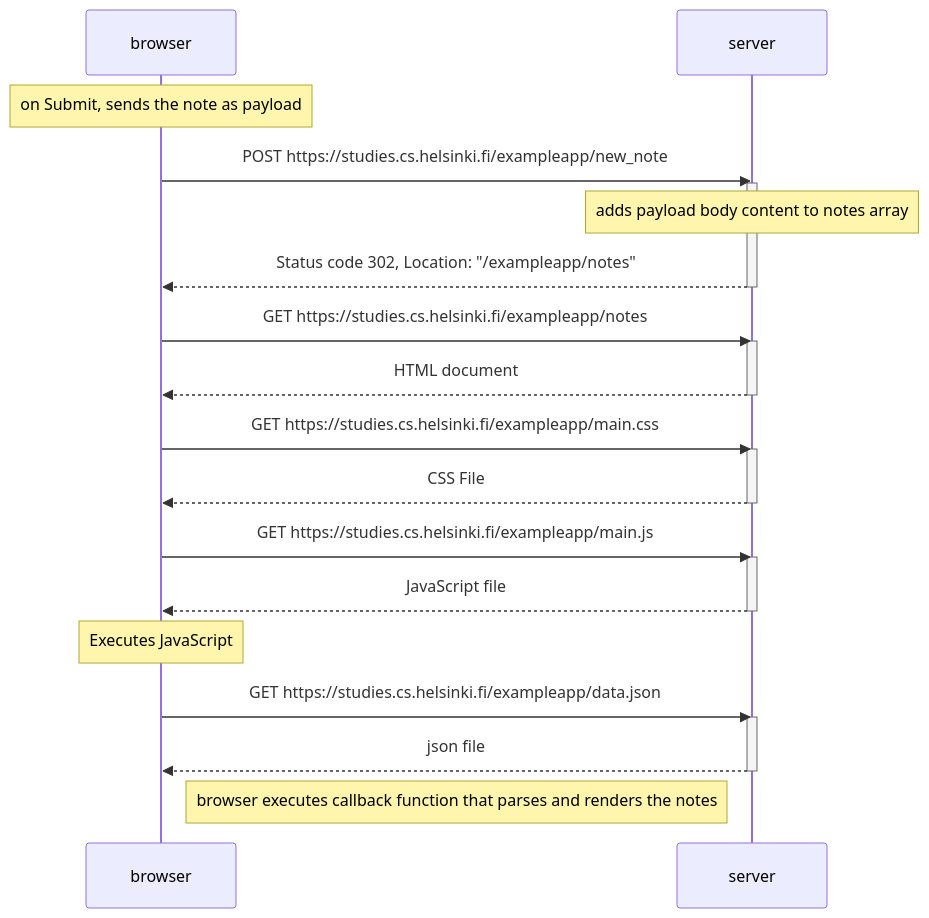
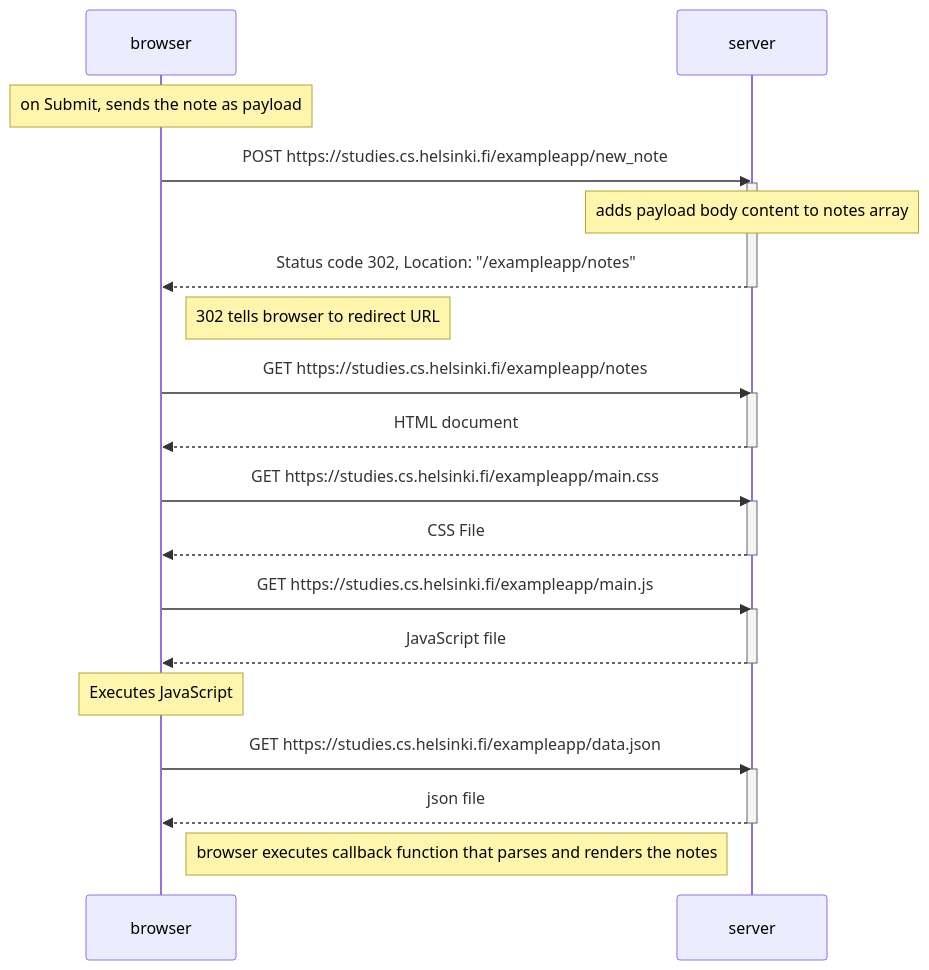
Before and after one commit to trials-errors-in-code/full-stack-part-0b-submissions: the diagram in Q4 new note.md, drawn with Mermaid.

Commit message:
Add note about 302 redirect in Q4 new note.md

````diff
--- a/Q4 new note.md
+++ b/Q4 new note.md
@@ -1,29 +1,30 @@
 ```mermaid
 sequenceDiagram
     participant browser
     participant server
     Note over browser:  on Submit, sends the note as payload
     browser->>server: POST https://studies.cs.helsinki.fi/exampleapp/new_note
     activate server
     Note over server: adds payload body content to notes array
     server-->>browser: Status code 302, Location: "/exampleapp/notes"
     deactivate server
+    Note right of browser: 302 tells browser to redirect URL 
     browser->>server: GET https://studies.cs.helsinki.fi/exampleapp/notes
     activate server
     server-->>browser: HTML document
     deactivate server
     browser->>server: GET https://studies.cs.helsinki.fi/exampleapp/main.css
     activate server
     server-->>browser: CSS File
     deactivate server
     browser->>server: GET https://studies.cs.helsinki.fi/exampleapp/main.js
     activate server
     server-->>browser: JavaScript file
     deactivate server
     Note over browser: Executes JavaScript
     browser->>server: GET https://studies.cs.helsinki.fi/exampleapp/data.json
     activate server
     server-->>browser: json file
     deactivate server
     Note right of browser: browser executes callback function that parses and renders the notes
 ```
````
